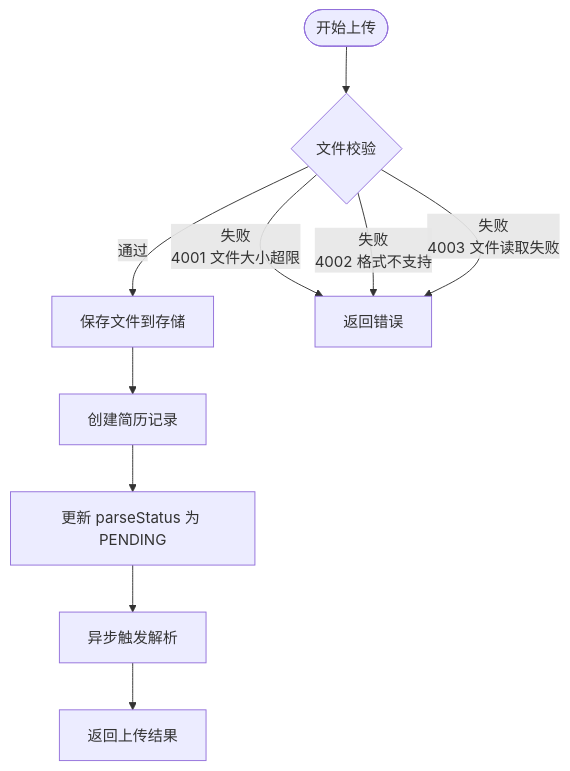
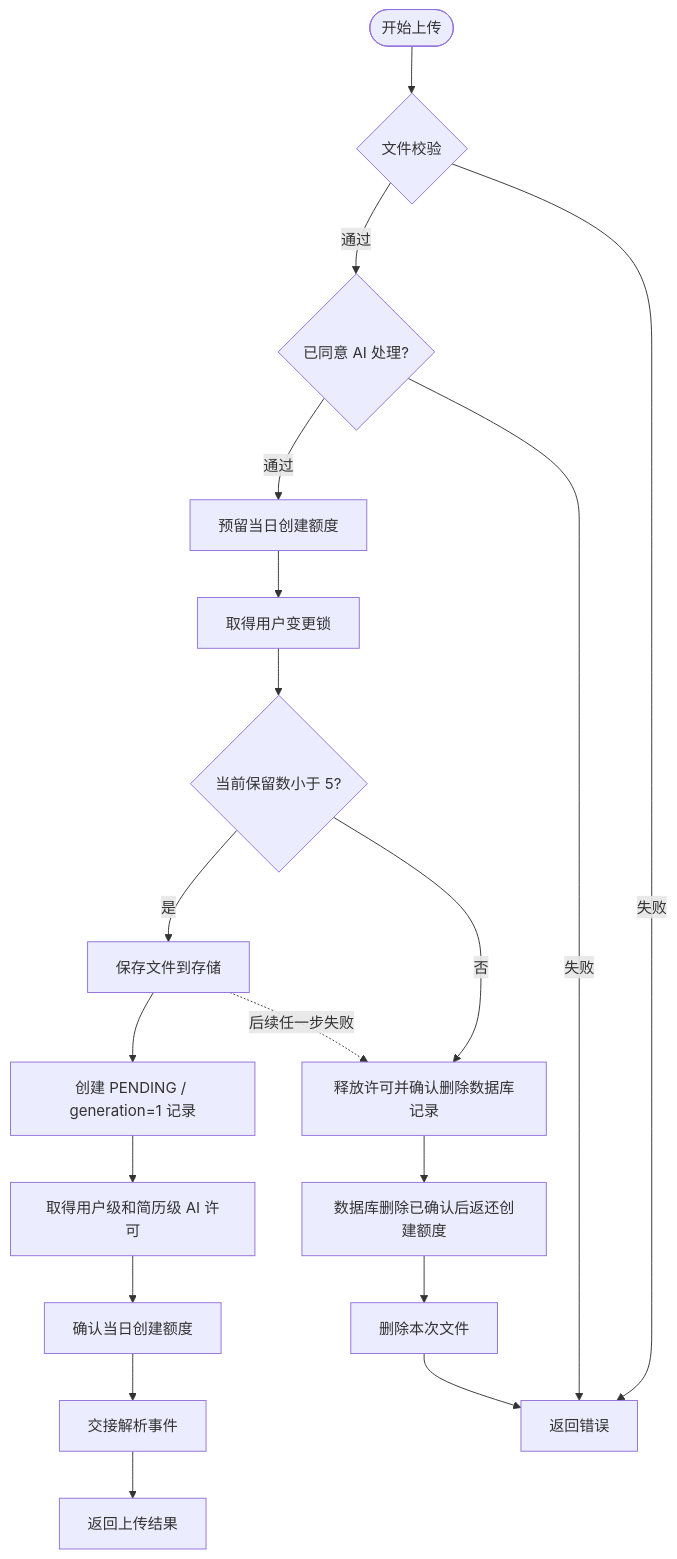
One commit to wanzhihuiha/interview-coach changed the first of 8 diagrams in docs/design/resume-module.md. Above: the diagram before and after it, drawn with Mermaid. The commit also changed other lines of this file and 5 other files, not shown here.

````diff
--- a/docs/design/resume-module.md
+++ b/docs/design/resume-module.md
@@ -458,23 +568,38 @@
 ```mermaid
 flowchart TD
     Start([开始上传])
     CheckFile{文件校验}
+    CheckConsent{已同意 AI 处理?}
+    ReserveCreate[预留当日创建额度]
+    UserLock[取得用户变更锁]
+    CheckRetained{当前保留数小于 5?}
     SaveFile[保存文件到存储]
-    CreateRecord[创建简历记录]
-    UpdateStatus[更新 parseStatus 为 PENDING]
-    AsyncTrigger[异步触发解析]
+    CreateRecord[创建 PENDING / generation=1 记录]
+    AcquireLease[取得用户级和简历级 AI 许可]
+    CommitCreate[确认当日创建额度]
+    AsyncTrigger[交接解析事件]
     ReturnSuccess[返回上传结果]
+    Compensate[释放许可并确认删除数据库记录]
+    ReleaseQuota[数据库删除已确认后返还创建额度]
+    DeleteFile[删除本次文件]
     ReturnError[返回错误]
 
     Start --> CheckFile
-
-    CheckFile -->|通过| SaveFile
-    CheckFile -->|失败<br/>4001 文件大小超限| ReturnError
-    CheckFile -->|失败<br/>4002 格式不支持| ReturnError
-    CheckFile -->|失败<br/>4003 文件读取失败| ReturnError
-
+    CheckFile -->|通过| CheckConsent
+    CheckFile -->|失败| ReturnError
+    CheckConsent -->|通过| ReserveCreate
+    CheckConsent -->|失败| ReturnError
+    ReserveCreate --> UserLock
+    UserLock --> CheckRetained
+    CheckRetained -->|是| SaveFile
+    CheckRetained -->|否| Compensate
     SaveFile --> CreateRecord
-    CreateRecord --> UpdateStatus
-    UpdateStatus --> AsyncTrigger
+    CreateRecord --> AcquireLease
+    AcquireLease --> CommitCreate
+    CommitCreate --> AsyncTrigger
     AsyncTrigger --> ReturnSuccess
+    SaveFile -. 后续任一步失败 .-> Compensate
+    Compensate --> ReleaseQuota
+    ReleaseQuota --> DeleteFile
+    DeleteFile --> ReturnError
 ```
````
